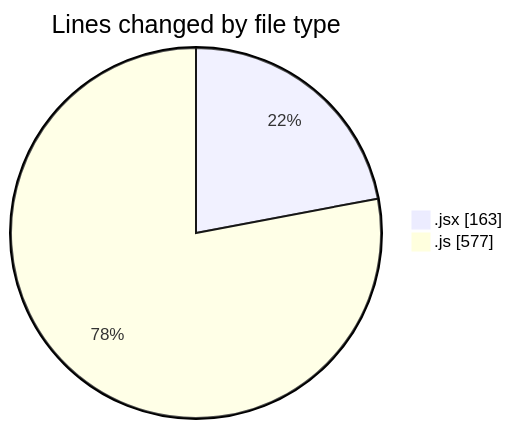
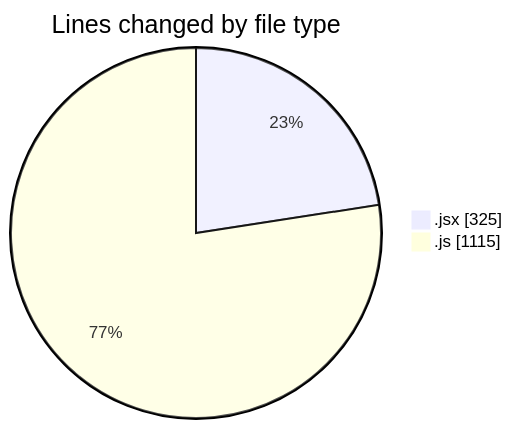
The first of 2 diagrams in 2025-02-12/react_ecom/README.md (Elitesun/code-tracking), drawn with Mermaid before and after one commit. The commit also changed other lines of this file and 1 other file, not shown here.

````diff
--- a/2025-02-12/react_ecom/README.md
+++ b/2025-02-12/react_ecom/README.md
@@ -28,6 +30,6 @@
 ```mermaid
 pie showData
 title Lines changed by file type
-".jsx" : 163
-".js" : 577
+".jsx" : 325
+".js" : 1115
 ```
````
